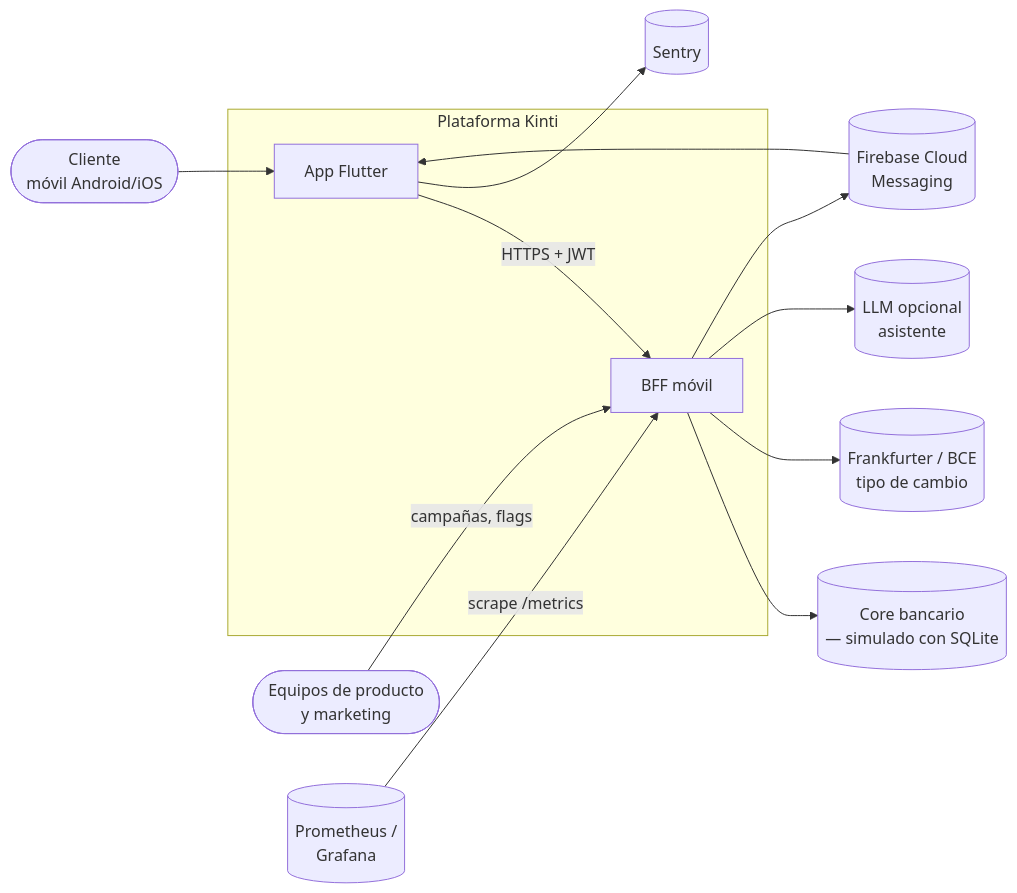
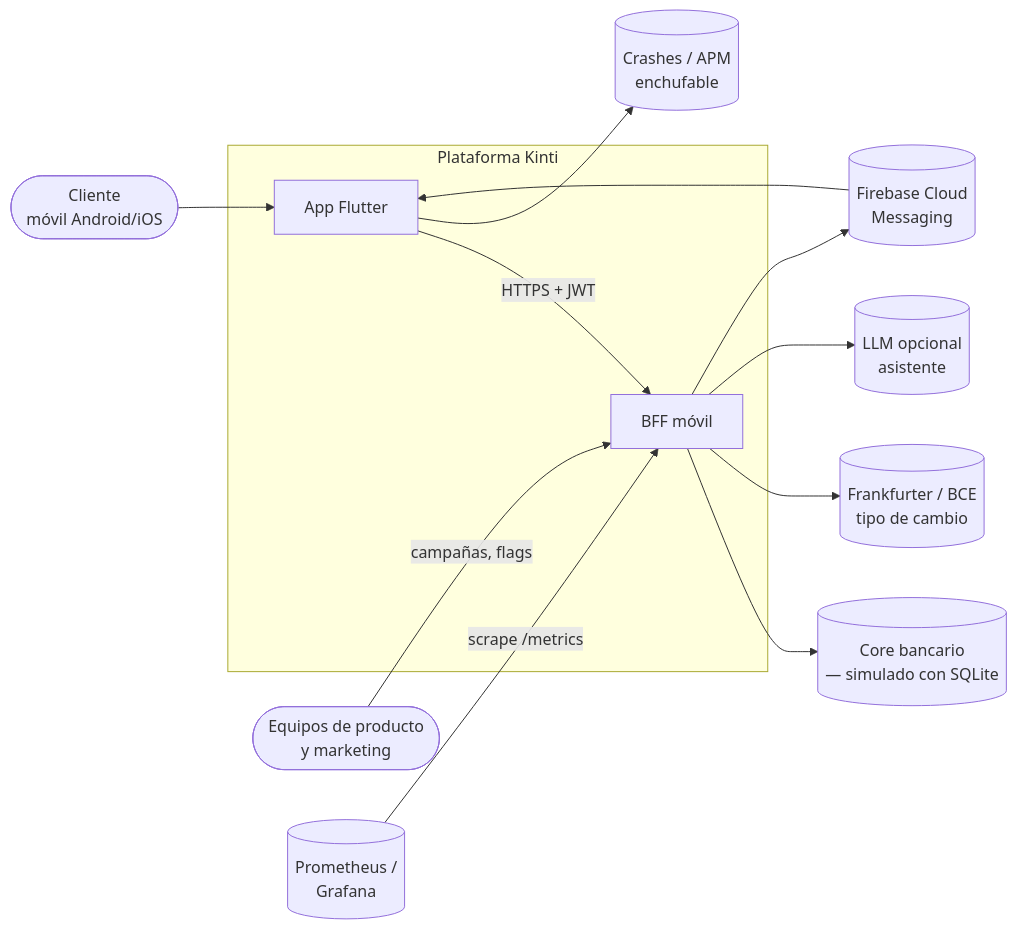
Before and after one commit to TheTuxTron/BI_eva_t-cnica: the first of 8 diagrams in docs/architecture.md, drawn with Mermaid. The commit also changed other lines of this file and 7 other files, not shown here.

````diff
--- a/docs/architecture.md
+++ b/docs/architecture.md
@@ -7,25 +7,25 @@
 ```mermaid
 flowchart LR
   cliente([Cliente<br/>móvil Android/iOS])
   equipo([Equipos de producto<br/>y marketing])
   subgraph kinti[Plataforma Kinti]
     app[App Flutter]
     bff[BFF móvil]
   end
   fcm[(Firebase Cloud<br/>Messaging)]
   fx[(Frankfurter / BCE<br/>tipo de cambio)]
   llm[(LLM opcional<br/>asistente)]
-  sentry[(Sentry)]
+  sentry[(Crashes / APM<br/>enchufable)]
   prom[(Prometheus /<br/>Grafana)]
   core[(Core bancario<br/>— simulado con SQLite)]
 
   cliente --> app
   app -->|HTTPS + JWT| bff
   equipo -->|campañas, flags| bff
   bff --> core
   bff --> fx
   bff --> llm
   bff --> fcm --> app
   app --> sentry
   prom -->|scrape /metrics| bff
 ```
````
